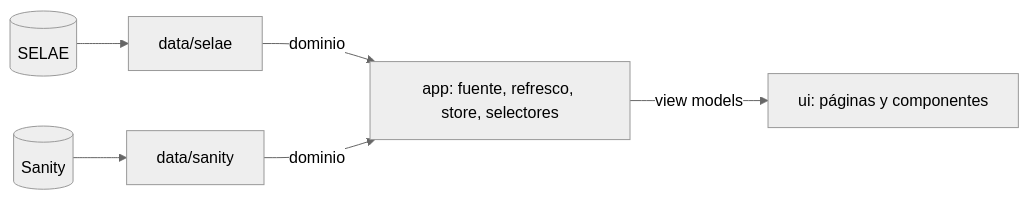
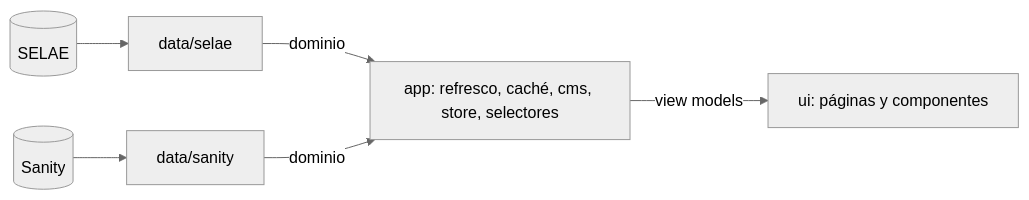
The diagram in docs/plan/01-arquitectura.md (abel-salas/quiniela-kiosk), drawn with Mermaid (neutral theme) before and after one commit. The commit also changed other lines of this file and 93 other files, not shown here.

````diff
--- a/docs/plan/01-arquitectura.md
+++ b/docs/plan/01-arquitectura.md
@@ -5,8 +5,8 @@
 ```mermaid
 flowchart LR
   SELAE[(SELAE)] --> DS[data/selae]
   SAN[(Sanity)] --> DN[data/sanity]
-  DS -->|dominio| A[app: fuente, refresco, store, selectores]
+  DS -->|dominio| A[app: refresco, caché, cms, store, selectores]
   DN -->|dominio| A
   A -->|view models| U[ui: páginas y componentes]
 ```
````
